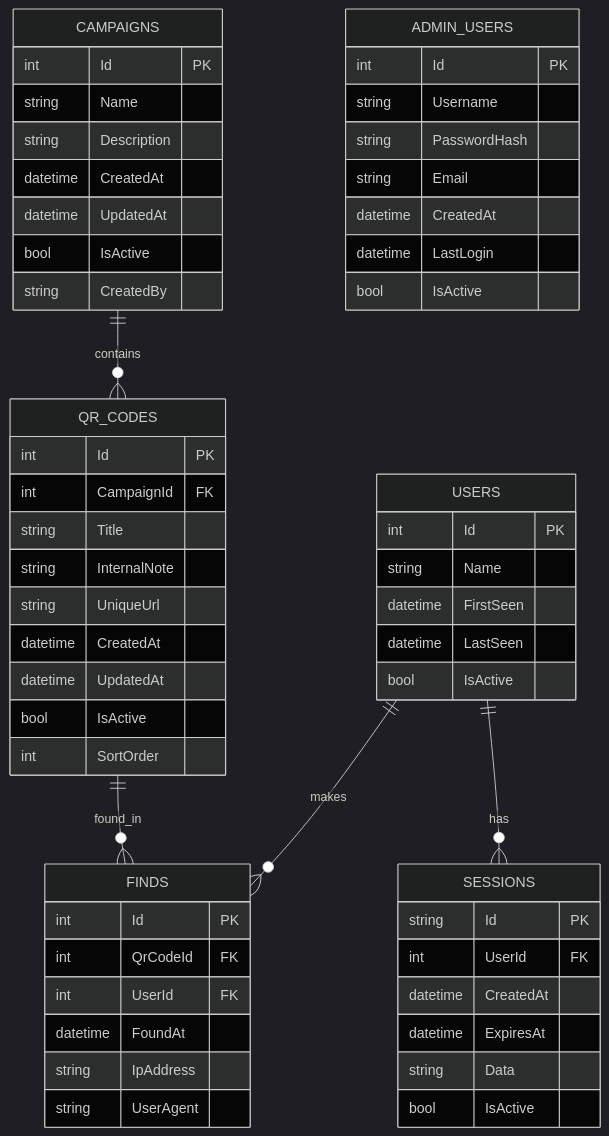
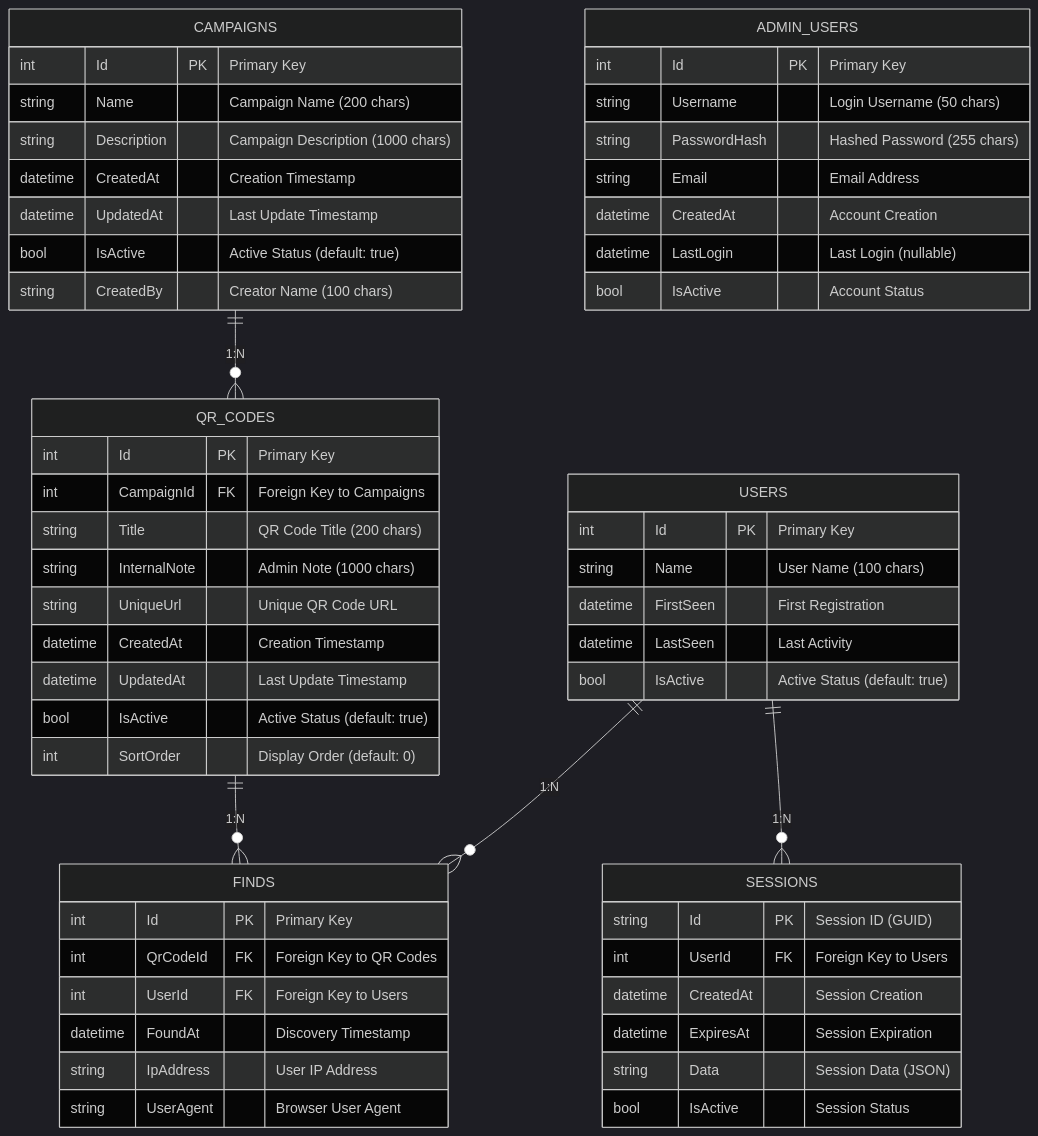
Before and after one commit to mcnilz/easteregghunt: the diagram in ARCHITECTURE.md, drawn with Mermaid (dark theme). The commit also changed other lines of this file and 2 other files, not shown here.

Commit message:
docs: Umfassende Datenbankdokumentation mit ER-Diagramm hinzugefügt
- Neues DATABASE_SCHEMA.md mit detailliertem Mermaid ER-Diagramm
- Verbesserte ARCHITECTURE.md mit erweitertem ER-Diagramm und Indizes
- Detaillierte Tabellenbeschreibungen mit Constraints und Beziehungen
- Performance-Indizes für optimale Datenbankabfragen
- Geschäftslogik-Regeln für alle Entitäten dokumentiert
- Datenvolumen-Schätzungen und Optimierungsempfehlungen
- Aktualisierte README.md mit Verweis auf Datenbankdokumentation

Features:
- Vollständiges Entity Relationship Diagram
- SQL-Indizes für häufige Abfragen
- Geschäftsregeln und Constraints
- Performance-Überlegungen
- Entwicklerfreundliche Dokumentation

````diff
--- a/ARCHITECTURE.md
+++ b/ARCHITECTURE.md
@@ -162,65 +162,65 @@
 ```mermaid
 erDiagram
-    CAMPAIGNS ||--o{ QR_CODES : contains
-    QR_CODES ||--o{ FINDS : found_in
-    USERS ||--o{ FINDS : makes
-    USERS ||--o{ SESSIONS : has
+    CAMPAIGNS ||--o{ QR_CODES : "1:N"
+    QR_CODES ||--o{ FINDS : "1:N"
+    USERS ||--o{ FINDS : "1:N"
+    USERS ||--o{ SESSIONS : "1:N"
     
     CAMPAIGNS {
-        int Id PK
-        string Name
-        string Description
-        datetime CreatedAt
-        datetime UpdatedAt
-        bool IsActive
-        string CreatedBy
+        int Id PK "Primary Key"
+        string Name "Campaign Name (200 chars)"
+        string Description "Campaign Description (1000 chars)"
+        datetime CreatedAt "Creation Timestamp"
+        datetime UpdatedAt "Last Update Timestamp"
+        bool IsActive "Active Status (default: true)"
+        string CreatedBy "Creator Name (100 chars)"
     }
     
     QR_CODES {
-        int Id PK
-        int CampaignId FK
-        string Title
-        string InternalNote
-        string UniqueUrl
-        datetime CreatedAt
-        datetime UpdatedAt
-        bool IsActive
-        int SortOrder
+        int Id PK "Primary Key"
+        int CampaignId FK "Foreign Key to Campaigns"
+        string Title "QR Code Title (200 chars)"
+        string InternalNote "Admin Note (1000 chars)"
+        string UniqueUrl "Unique QR Code URL"
+        datetime CreatedAt "Creation Timestamp"
+        datetime UpdatedAt "Last Update Timestamp"
+        bool IsActive "Active Status (default: true)"
+        int SortOrder "Display Order (default: 0)"
     }
     
     USERS {
-        int Id PK
-        string Name
-        datetime FirstSeen
-        datetime LastSeen
-        bool IsActive
+        int Id PK "Primary Key"
+        string Name "User Name (100 chars)"
+        datetime FirstSeen "First Registration"
+        datetime LastSeen "Last Activity"
+        bool IsActive "Active Status (default: true)"
     }
     
     FINDS {
-        int Id PK
-        int QrCodeId FK
-        int UserId FK
-        datetime FoundAt
-        string IpAddress
-        string UserAgent
+        int Id PK "Primary Key"
+        int QrCodeId FK "Foreign Key to QR Codes"
+        int UserId FK "Foreign Key to Users"
+        datetime FoundAt "Discovery Timestamp"
+        string IpAddress "User IP Address"
+        string UserAgent "Browser User Agent"
     }
     
     SESSIONS {
-        string Id PK
-        int UserId FK
-        datetime CreatedAt
-        datetime ExpiresAt
-        string Data
-        bool IsActive
+        string Id PK "Session ID (GUID)"
+        int UserId FK "Foreign Key to Users"
+        datetime CreatedAt "Session Creation"
+        datetime ExpiresAt "Session Expiration"
+        string Data "Session Data (JSON)"
+        bool IsActive "Session Status"
     }
     
     ADMIN_USERS {
-        int Id PK
-        string Username
-        string PasswordHash
-        string Email
-        datetime CreatedAt
-        datetime LastLogin
-        bool IsActive
+        int Id PK "Primary Key"
+        string Username "Login Username (50 chars)"
+        string PasswordHash "Hashed Password (255 chars)"
+        string Email "Email Address"
+        datetime CreatedAt "Account Creation"
+        datetime LastLogin "Last Login (nullable)"
+        bool IsActive "Account Status"
     }
 ```
````
